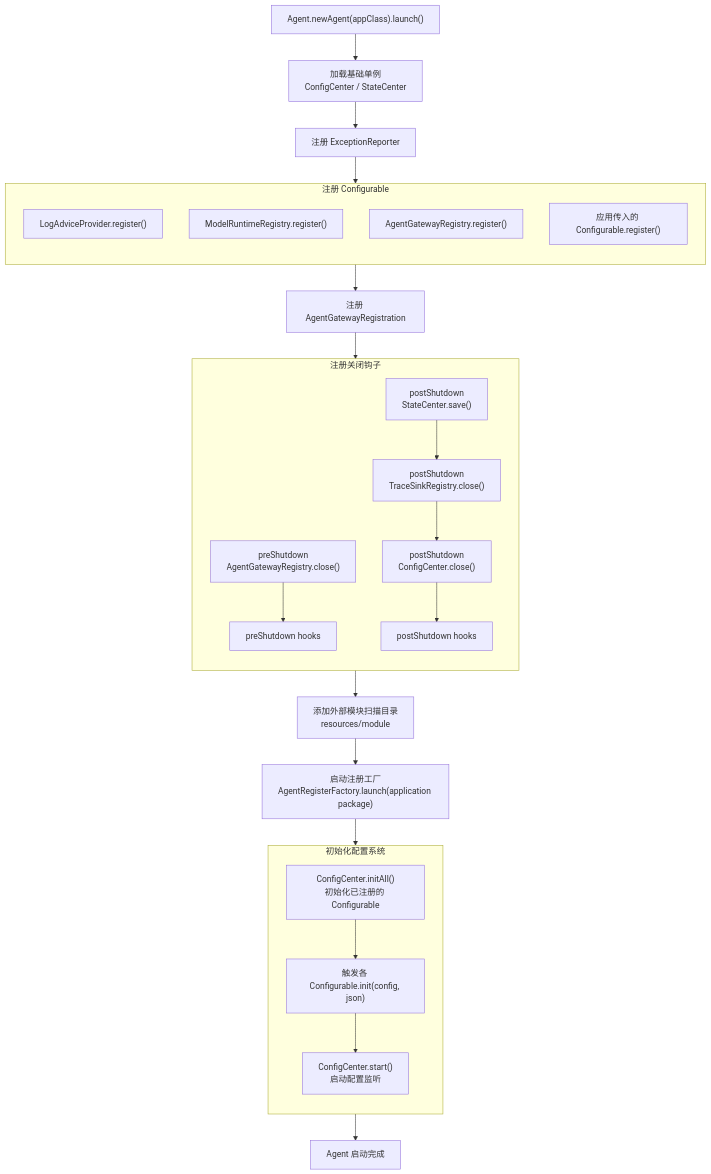
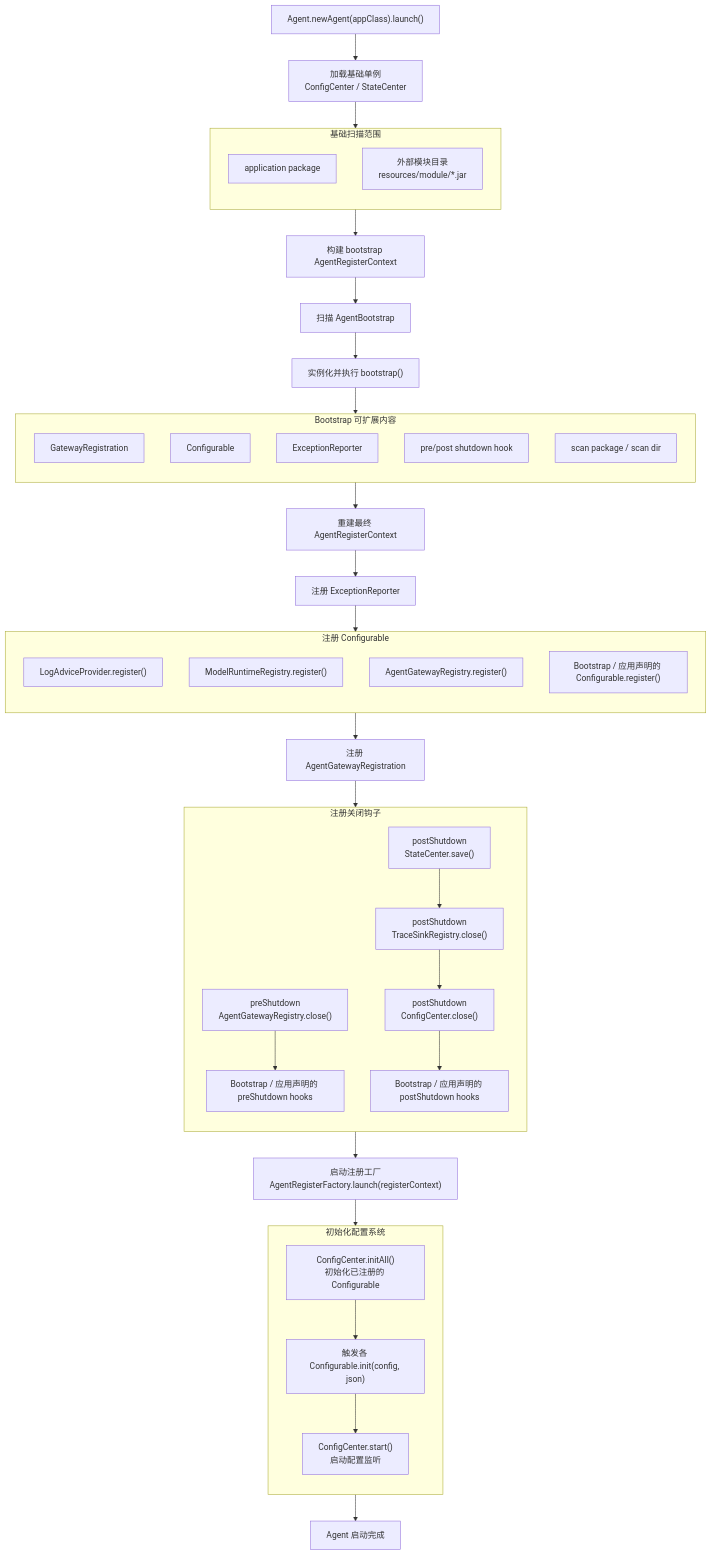
One commit to slhafzjw/Partner changed the diagram in doc/architecture/startup.md. Above: the diagram before and after it, drawn with Mermaid. The commit also changed other lines of this file and 1 other file, not shown here.

Commit message:
docs(architecture): update startup/register-chain flow for AgentBootstrap and registerContext

````diff
--- a/doc/architecture/startup.md
+++ b/doc/architecture/startup.md
@@ -7,47 +42,71 @@
 ```mermaid
 flowchart TD
     A["Agent.newAgent(appClass).launch()"] --> B["加载基础单例<br/>ConfigCenter / StateCenter"]
 
-    B --> C["注册 ExceptionReporter"]
+    B --> C["准备基础扫描范围"]
 
-    C --> D
-
-    subgraph D["注册 Configurable"]
+    subgraph C["基础扫描范围"]
         direction TB
-        D1["LogAdviceProvider.register()"]
-        D2["ModelRuntimeRegistry.register()"]
-        D3["AgentGatewayRegistry.register()"]
-        D4["应用传入的 Configurable.register()"]
+        C1["application package"]
+        C2["外部模块目录<br/>resources/module/*.jar"]
     end
 
-    D --> E["注册 AgentGatewayRegistration"]
+    C --> D["构建 bootstrap AgentRegisterContext"]
+    D --> E["扫描 AgentBootstrap"]
+    E --> F["实例化并执行 bootstrap()"]
 
-    E --> F
+    F --> G["Bootstrap 扩展 AgentApp"]
 
-    subgraph F["注册关闭钩子"]
+    subgraph G["Bootstrap 可扩展内容"]
         direction TB
-        F1["preShutdown<br/>AgentGatewayRegistry.close()"]
-        F2["preShutdown hooks"]
-        F3["postShutdown<br/>StateCenter.save()"]
-        F4["postShutdown<br/>TraceSinkRegistry.close()"]
-        F5["postShutdown<br/>ConfigCenter.close()"]
-        F6["postShutdown hooks"]
-        F1 --> F2
-        F3 --> F4 --> F5 --> F6
+        G1["GatewayRegistration"]
+        G2["Configurable"]
+        G3["ExceptionReporter"]
+        G4["pre/post shutdown hook"]
+        G5["scan package / scan dir"]
     end
 
-    F --> G["添加外部模块扫描目录<br/>resources/module"]
-    G --> H["启动注册工厂<br/>AgentRegisterFactory.launch(application package)"]
+    G --> H["重建最终 AgentRegisterContext"]
 
-    H --> I
+    H --> I["注册 ExceptionReporter"]
 
-    subgraph I["初始化配置系统"]
+    I --> J
+
+    subgraph J["注册 Configurable"]
         direction TB
-        I1["ConfigCenter.initAll()<br/>初始化已注册的 Configurable"]
-        I2["触发各 Configurable.init(config, json)"]
-        I3["ConfigCenter.start()<br/>启动配置监听"]
-        I1 --> I2 --> I3
+        J1["LogAdviceProvider.register()"]
+        J2["ModelRuntimeRegistry.register()"]
+        J3["AgentGatewayRegistry.register()"]
+        J4["Bootstrap / 应用声明的 Configurable.register()"]
     end
 
-    I --> K["Agent 启动完成"]
+    J --> K["注册 AgentGatewayRegistration"]
+
+    K --> L
+
+    subgraph L["注册关闭钩子"]
+        direction TB
+        L1["preShutdown<br/>AgentGatewayRegistry.close()"]
+        L2["Bootstrap / 应用声明的 preShutdown hooks"]
+        L3["postShutdown<br/>StateCenter.save()"]
+        L4["postShutdown<br/>TraceSinkRegistry.close()"]
+        L5["postShutdown<br/>ConfigCenter.close()"]
+        L6["Bootstrap / 应用声明的 postShutdown hooks"]
+        L1 --> L2
+        L3 --> L4 --> L5 --> L6
+    end
+
+    L --> M["启动注册工厂<br/>AgentRegisterFactory.launch(registerContext)"]
+
+    M --> N
+
+    subgraph N["初始化配置系统"]
+        direction TB
+        N1["ConfigCenter.initAll()<br/>初始化已注册的 Configurable"]
+        N2["触发各 Configurable.init(config, json)"]
+        N3["ConfigCenter.start()<br/>启动配置监听"]
+        N1 --> N2 --> N3
+    end
+
+    N --> O["Agent 启动完成"]
 ```
````
